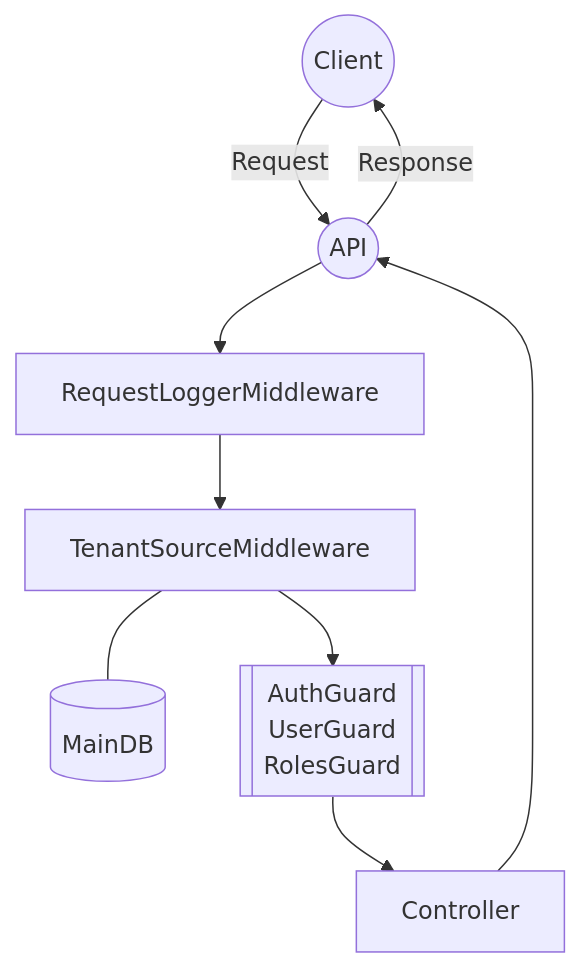
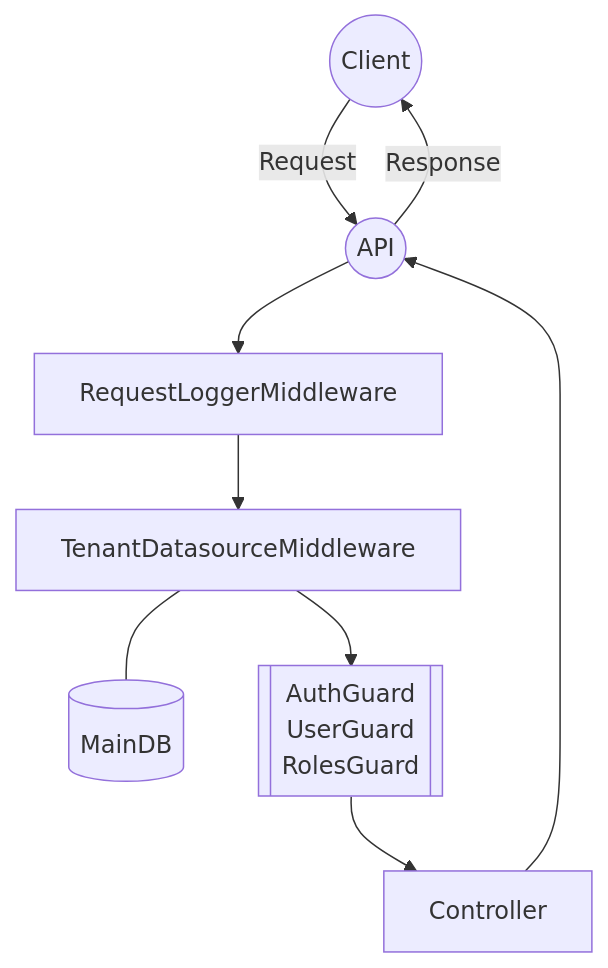
The first of 3 diagrams in README.md (pivee/multi-tenant-nestjs), drawn with Mermaid before and after one commit. The commit also changed other lines of this file and 2 other files, not shown here.

````diff
--- a/README.md
+++ b/README.md
@@ -112,10 +112,10 @@
 ```mermaid
 flowchart TB
   Client((Client))
   API((API))
   MainDB[(MainDB)]
   Guards[[AuthGuard<br>UserGuard<br>RolesGuard]]
 
-  Client --Request--> API --> RequestLoggerMiddleware --> TenantSourceMiddleware --> Guards --> Controller --> API --Response--> Client
-  TenantSourceMiddleware---MainDB
+  Client --Request--> API --> RequestLoggerMiddleware --> TenantDatasourceMiddleware --> Guards --> Controller --> API --Response--> Client
+  TenantDatasourceMiddleware---MainDB
 ```
````
